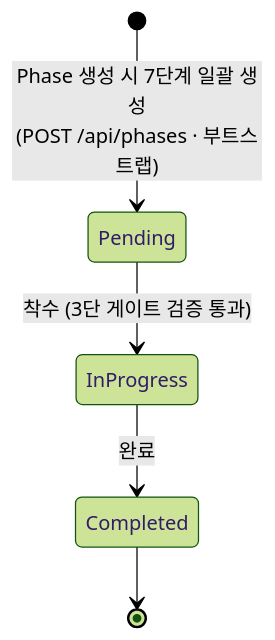
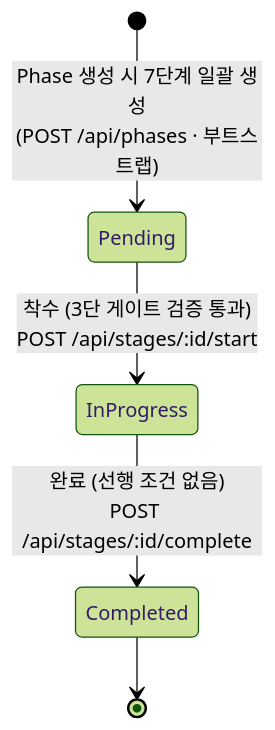
Before and after one commit to AI-Agent-Jeon/ClaudeManager-v2: the sixth of 6 diagrams in docs/design/ui/des-007-state-flow.md, drawn with Mermaid (forest theme). The commit also changed other lines of this file and 3 other files, not shown here.

First line of the commit message:
docs: POST /api/stages/:id/complete 설계 반영 (단계 완료 경로 누락 보완)

````diff
--- a/docs/design/ui/des-007-state-flow.md
+++ b/docs/design/ui/des-007-state-flow.md
@@ -271,7 +271,7 @@
 ```mermaid
 stateDiagram-v2
     [*] --> Pending : Phase 생성 시 7단계 일괄 생성<br>(POST /api/phases · 부트스트랩)
-    Pending --> InProgress : 착수 (3단 게이트 검증 통과)
-    InProgress --> Completed : 완료
+    Pending --> InProgress : 착수 (3단 게이트 검증 통과)<br>POST /api/stages/:id/start
+    InProgress --> Completed : 완료 (선행 조건 없음)<br>POST /api/stages/:id/complete
     Completed --> [*]
 ```
````
